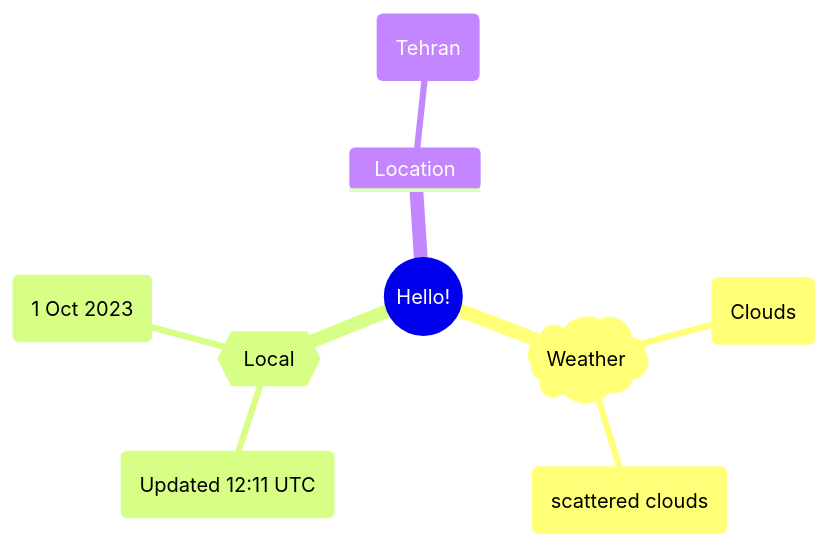
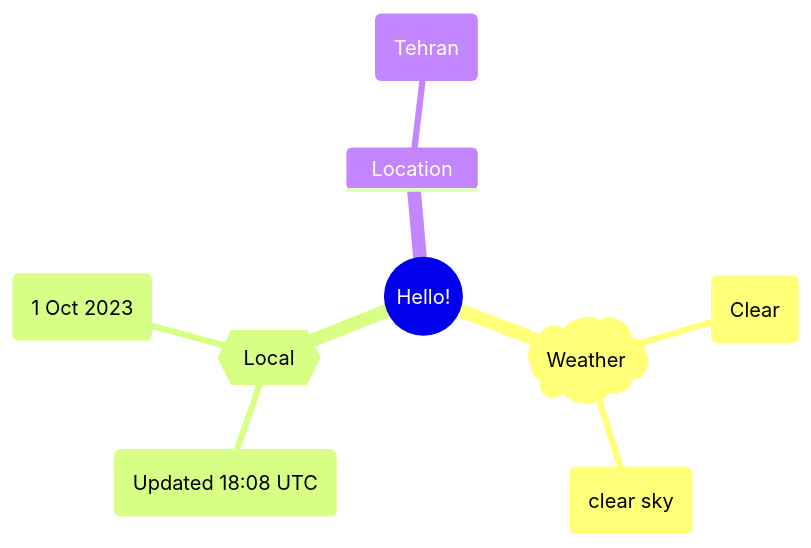
The first of 2 diagrams in README.md (Xosrov/Xosrov), drawn with Mermaid before and after one commit.

Commit message:
[bot] updated images

````diff
--- a/README.md
+++ b/README.md
@@ -3,12 +3,12 @@
 ```mermaid
 mindmap
   root((Hello!))
     )Weather(
-        (Clouds)
-        (scattered clouds)
+        (Clear)
+        (clear sky)
     {{Local}}
-        (Updated 12:11 UTC)
+        (Updated 18:08 UTC)
         (1 Oct 2023)
     Location
         (Tehran)
 ```
````
